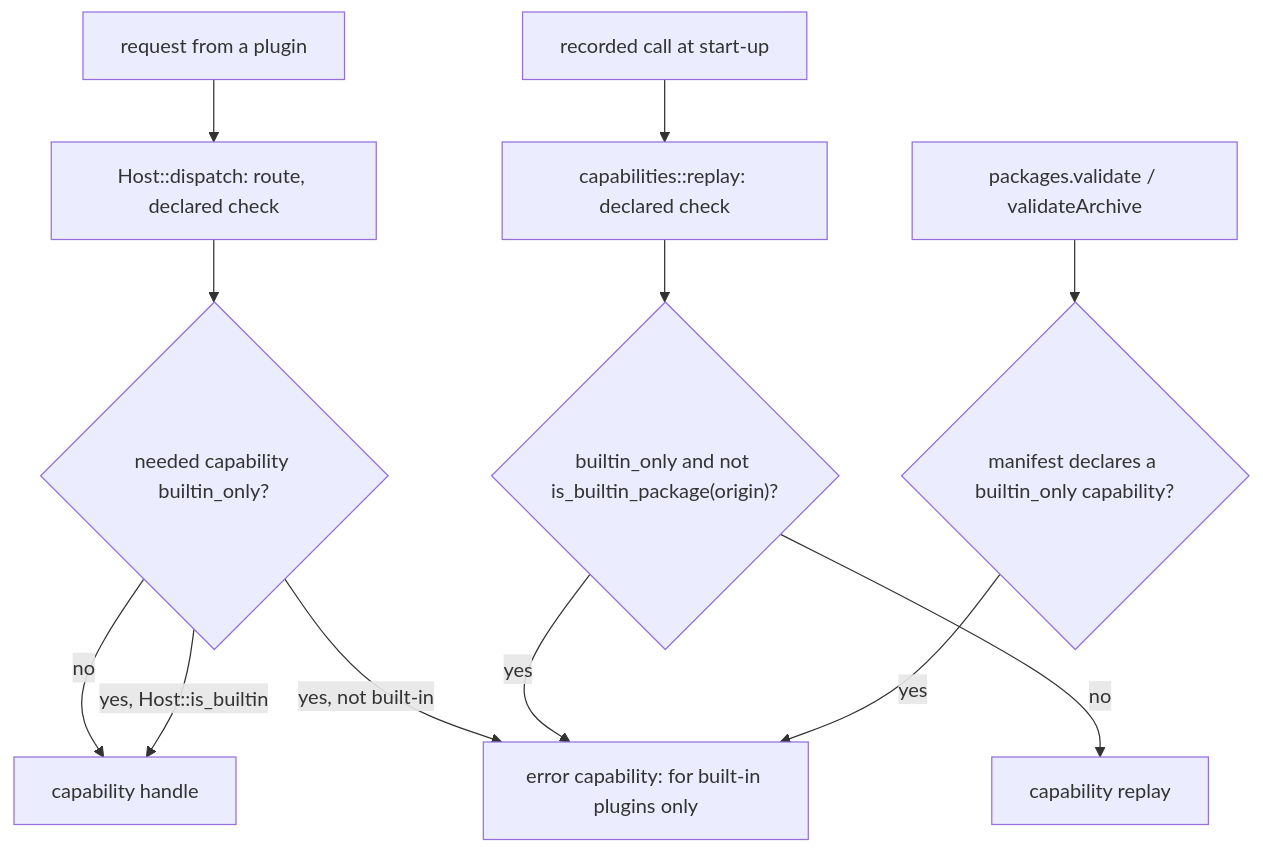
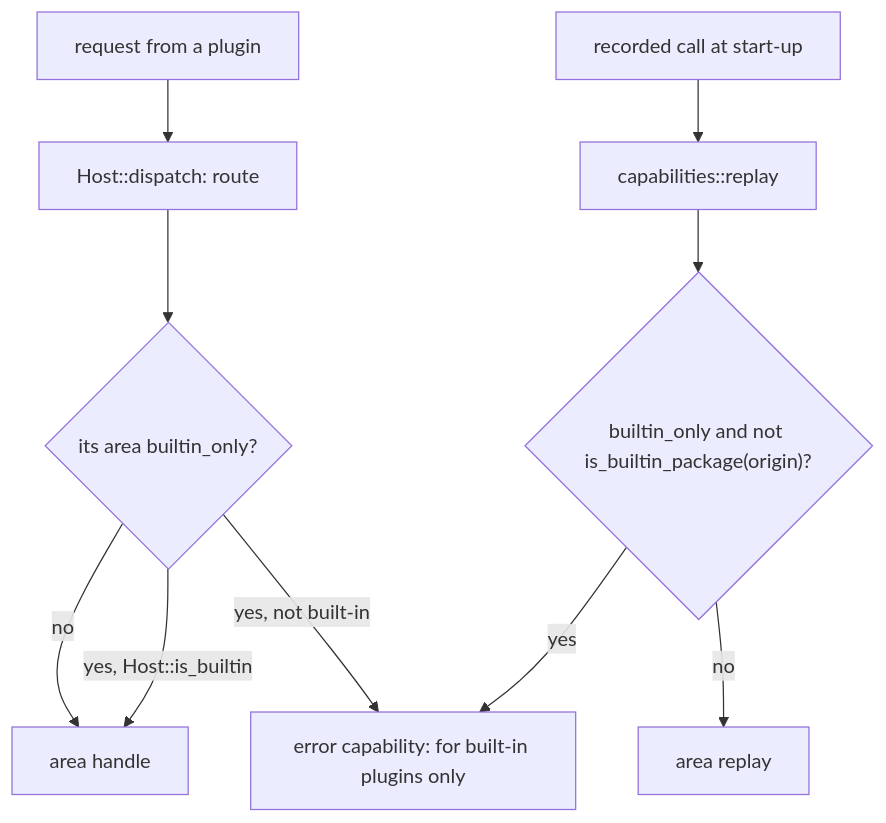
One commit to vestrasys/vestra-player changed the diagram in doc/architecture/palette-lead.md. Above: the diagram before and after it, drawn with Mermaid. The commit also changed other lines of this file and 78 other files, not shown here.

First line of the commit message:
Host: capability declarations removed (gate, capabilities.json, manifest field refused); built-in-only refusals by provenance kept; panel commands follow mounted panels; bar recursion refused at compile

````diff
--- a/doc/architecture/palette-lead.md
+++ b/doc/architecture/palette-lead.md
@@ -19,14 +20,12 @@
 ```mermaid
 flowchart TB
-    R["request from a plugin"] --> D["Host::dispatch: route, declared check"]
-    D --> B{"needed capability builtin_only?"}
-    B -- "no" --> H["capability handle"]
+    R["request from a plugin"] --> D["Host::dispatch: route"]
+    D --> B{"its area builtin_only?"}
+    B -- "no" --> H["area handle"]
     B -- "yes, Host::is_builtin" --> H
     B -- "yes, not built-in" --> E["error capability: for built-in plugins only"]
-    P["recorded call at start-up"] --> RP["capabilities::replay: declared check"]
+    P["recorded call at start-up"] --> RP["capabilities::replay"]
     RP --> RB{"builtin_only and not is_builtin_package(origin)?"}
     RB -- "yes" --> E
-    RB -- "no" --> CR["capability replay"]
-    V["packages.validate / validateArchive"] --> VB{"manifest declares a builtin_only capability?"}
-    VB -- "yes" --> E
+    RB -- "no" --> CR["area replay"]
 ```
````
